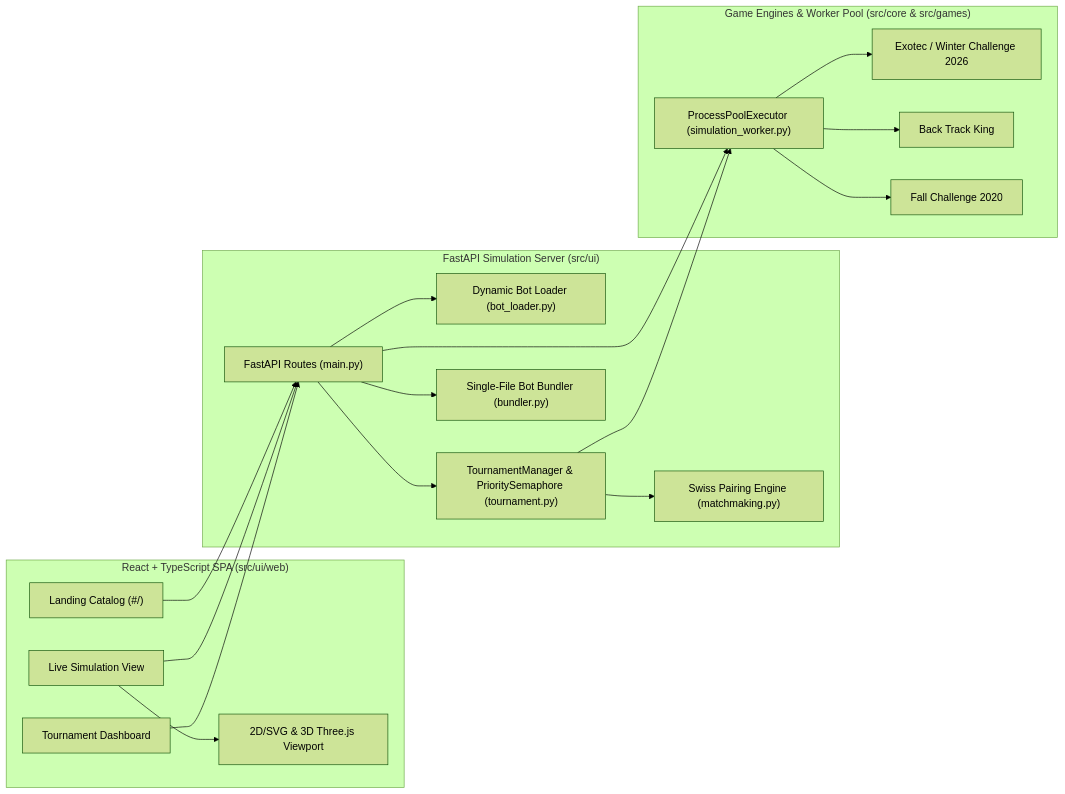
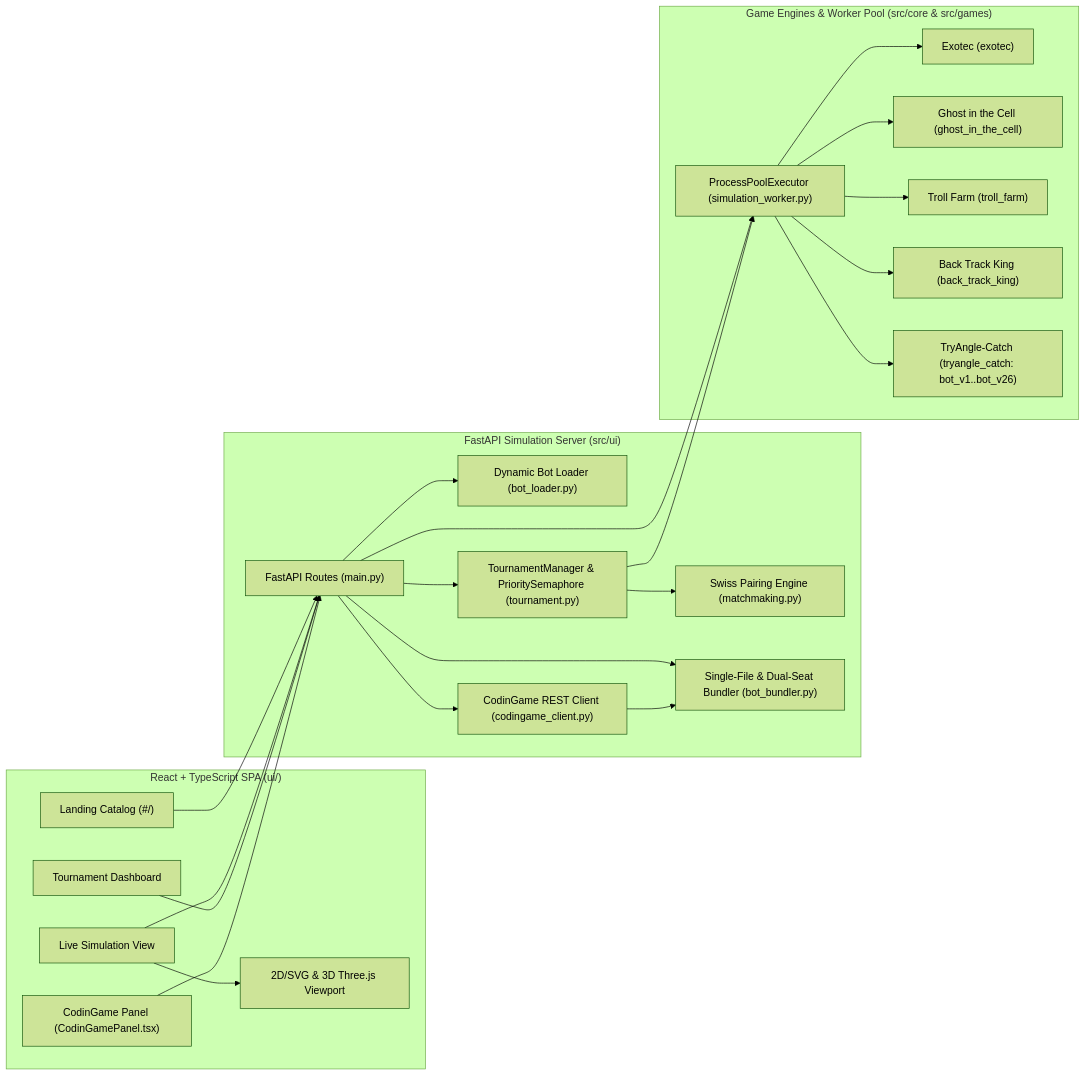
Before and after one commit to lumenconsultancyae/game_sim_docs: the second of 2 diagrams in docs/argiei_and_platform_architecture.md, drawn with Mermaid (forest theme). The commit also changed other lines of this file and 6 other files, not shown here.

Commit message:
docs(tryangle_catch): sync architecture docs, add docker-compose, and add TryAngle-Catch BDD scenario

````diff
--- a/docs/argiei_and_platform_architecture.md
+++ b/docs/argiei_and_platform_architecture.md
@@ -40,38 +40,47 @@
 ```mermaid
 flowchart LR
-    subgraph Frontend["React + TypeScript SPA (src/ui/web)"]
+    subgraph Frontend["React + TypeScript SPA (ui/)"]
         Landing["Landing Catalog (#/)"]
         LiveView["Live Simulation View"]
         TourneyView["Tournament Dashboard"]
+        CGPanel["CodinGame Panel (CodinGamePanel.tsx)"]
         Viewport["2D/SVG & 3D Three.js Viewport"]
     end
 
     subgraph Backend["FastAPI Simulation Server (src/ui)"]
         MainAPI["FastAPI Routes (main.py)"]
         BotLoader["Dynamic Bot Loader (bot_loader.py)"]
         TourneyMgr["TournamentManager & PrioritySemaphore (tournament.py)"]
         Matchmaker["Swiss Pairing Engine (matchmaking.py)"]
-        Bundler["Single-File Bot Bundler (bundler.py)"]
+        Bundler["Single-File & Dual-Seat Bundler (bot_bundler.py)"]
+        CGClient["CodinGame REST Client (codingame_client.py)"]
     end
 
     subgraph Engine["Game Engines & Worker Pool (src/core & src/games)"]
         WorkerPool["ProcessPoolExecutor (simulation_worker.py)"]
-        Exotec["Exotec / Winter Challenge 2026"]
-        BTK["Back Track King"]
-        FC2020["Fall Challenge 2020"]
+        Exotec["Exotec (exotec)"]
+        GITC["Ghost in the Cell (ghost_in_the_cell)"]
+        TF["Troll Farm (troll_farm)"]
+        BTK["Back Track King (back_track_king)"]
+        TAC["TryAngle-Catch (tryangle_catch: bot_v1..bot_v26)"]
     end
 
     Landing --> MainAPI
     LiveView --> MainAPI
     LiveView --> Viewport
     TourneyView --> MainAPI
+    CGPanel --> MainAPI
     MainAPI --> BotLoader
     MainAPI --> TourneyMgr
     MainAPI --> Bundler
+    MainAPI --> CGClient
+    CGClient --> Bundler
     TourneyMgr --> Matchmaker
     MainAPI --> WorkerPool
     TourneyMgr --> WorkerPool
     WorkerPool --> Exotec
+    WorkerPool --> GITC
+    WorkerPool --> TF
     WorkerPool --> BTK
-    WorkerPool --> FC2020
+    WorkerPool --> TAC
 ```
````
